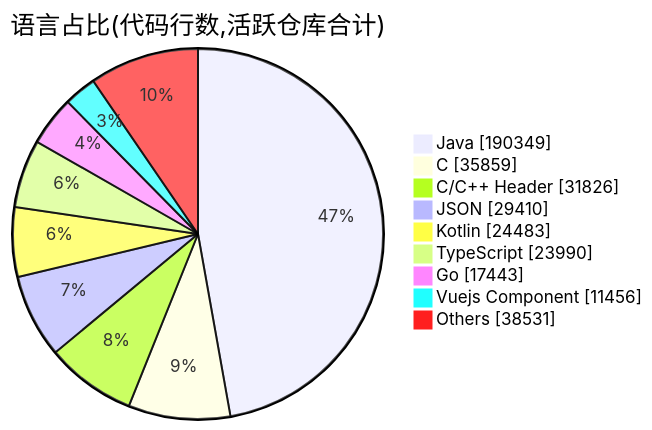
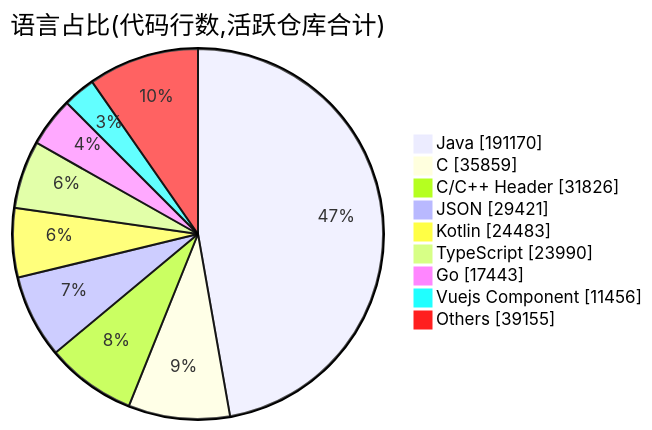
The second of 2 diagrams in profile/README.md (Conflux-Union/.github), drawn with Mermaid before and after one commit. The commit also changed other lines of this file and 1 other file, not shown here.

````diff
--- a/profile/README.md
+++ b/profile/README.md
@@ -83,13 +83,13 @@
 ```mermaid
 pie showData
     title 语言占比(代码行数,活跃仓库合计)
-    "Java" : 190349
+    "Java" : 191170
     "C" : 35859
     "C/C++ Header" : 31826
-    "JSON" : 29410
+    "JSON" : 29421
     "Kotlin" : 24483
     "TypeScript" : 23990
     "Go" : 17443
     "Vuejs Component" : 11456
-    "Others" : 38531
+    "Others" : 39155
 ```
````
